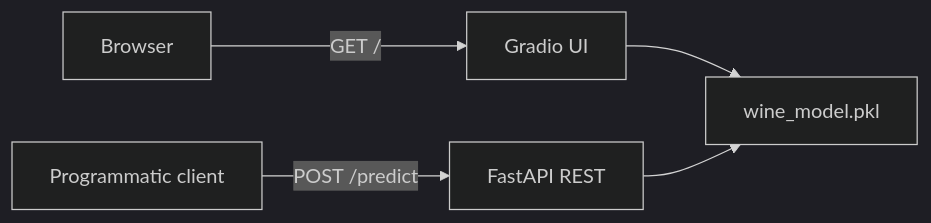
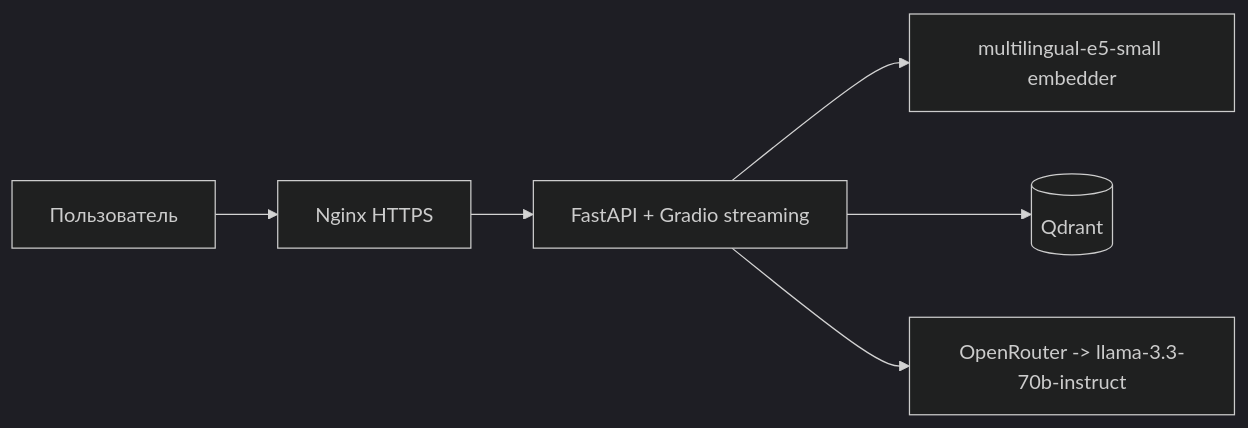
Before and after one commit to Oceanvisual/task-api: the diagram in README.md, drawn with Mermaid (dark theme). The commit also changed other lines of this file and 4 other files, not shown here.

````diff
--- a/README.md
+++ b/README.md
@@ -19,8 +12,8 @@
 ```mermaid
 flowchart LR
-    Browser[Browser] -->|GET /| Gradio[Gradio UI]
-    Client[Programmatic client] -->|POST /predict| REST[FastAPI REST]
-    Gradio --> Model
-    REST --> Model
-    Model[wine_model.pkl]
+    USER[Пользователь] --> NGINX[Nginx HTTPS]
+    NGINX --> APP[FastAPI + Gradio streaming]
+    APP --> EMB[multilingual-e5-small embedder]
+    APP --> Q[(Qdrant)]
+    APP --> LLM[OpenRouter -> llama-3.3-70b-instruct]
 ```
````
